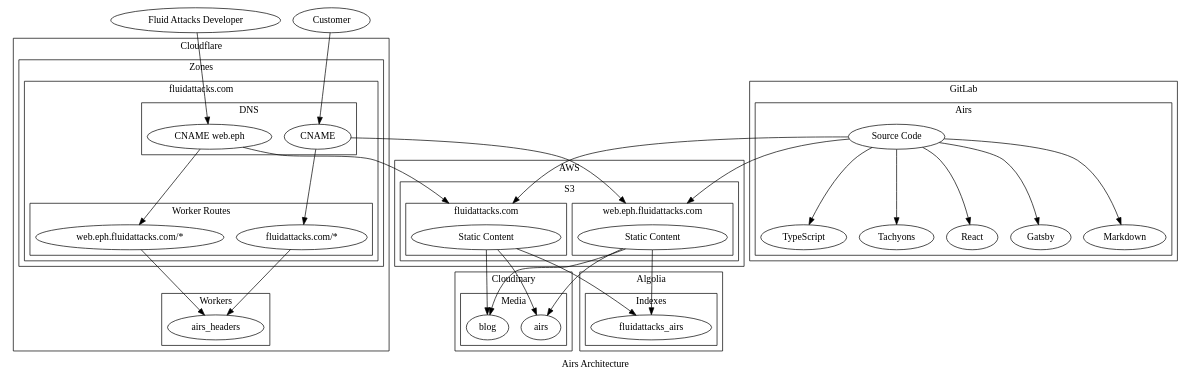
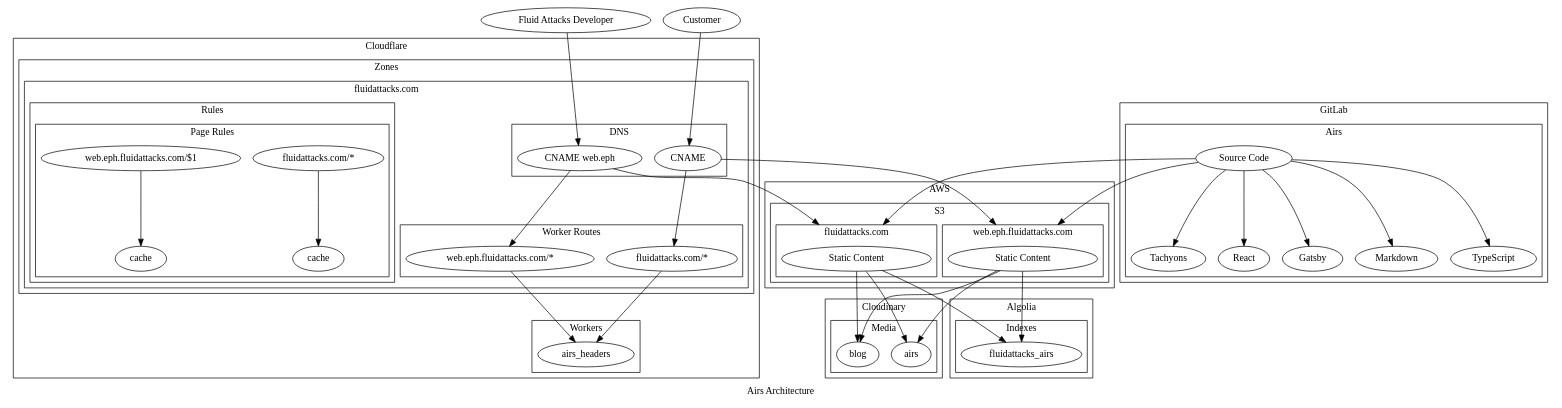
Before and after one commit to jeanbaptistemora/fluidattacks-universe2: the diagram in docs/src/docs/development/architecture-airs.dot, drawn with Graphviz.

Commit message:
docs\feat(doc): #7581.7 airs page rules
- Document airs page rules, which cache
  the content

```diff
--- a/docs/src/docs/development/architecture-airs.dot
+++ b/docs/src/docs/development/architecture-airs.dot
@@ -1,122 +1,137 @@
 // SPDX-FileCopyrightText: 2022 Fluid Attacks <development@fluidattacks.com>
 //
 // SPDX-License-Identifier: MPL-2.0
 
 digraph airs {
   label="Airs Architecture"
   compound="true"
   scale="scalexy"
 
   customer[label="Customer"]
   fluid_attacks_developer[label="Fluid Attacks Developer"]
 
   subgraph cluster_gitlab {
     label="GitLab"
 
     subgraph cluster_gitlab_airs {
       label="Airs"
 
       gitlab_airs[label="Source Code"]
       gitlab_airs_gatsby[label="Gatsby"]
       gitlab_airs_markdown[label="Markdown"]
       gitlab_airs_typescript[label="TypeScript"]
       gitlab_airs_tachyons[label="Tachyons"]
       gitlab_airs_react[label="React"]
     }
   }
 
   subgraph cluster_aws {
     label="AWS"
 
     subgraph cluster_aws_s3 {
       label="S3"
 
       subgraph cluster_aws_s3_airs_dev {
         label="web.eph.fluidattacks.com"
 
         aws_s3_airs_dev_static[label="Static Content" width="3.0"]
       }
 
       subgraph cluster_aws_s3_airs_prod {
         label="fluidattacks.com"
 
         aws_s3_airs_prod_static[label="Static Content" width="3.0"]
       }
     }
   }
 
   subgraph cluster_cloudinary {
     label="Cloudinary"
 
     subgraph cluster_cloudinary_media {
       label="Media"
 
       cloudinary_media_airs[label="airs"]
       cloudinary_media_blog[label="blog"]
     }
   }
 
   subgraph cluster_algolia {
     label="Algolia"
 
     subgraph cluster_algolia_index {
       label="Indexes"
 
       algolia_airs[label="fluidattacks_airs"]
     }
   }
 
   subgraph cluster_cloudflare {
     label="Cloudflare"
 
     subgraph cluster_cloudflare_workers {
       label="Workers"
 
       cluster_cloudflare_workers_airs_headers[label="airs_headers"]
     }
 
     subgraph cluster_cloudflare_zones {
       label="Zones"
 
       subgraph cluster_cloudflare_zone_fluidattacks_com {
         label="fluidattacks.com"
 
         subgraph cluster_cloudflare_zone_fluidattacks_com_dns {
           label="DNS"
 
           cloudflare_zone_fluidattacks_com_dns_cname[label="CNAME"]
           cloudflare_zone_fluidattacks_com_dns_cname_web_eph[label="CNAME web.eph"]
         }
 
+        subgraph cluster_cloudflare_zone_fluidattacks_com_rules {
+          label="Rules"
+
+          subgraph cluster_cloudflare_zone_fluidattacks_com_rules_page {
+            label="Page Rules"
+
+            cloudflare_zone_fluidattacks_com_rules_page[label="fluidattacks.com/*"]
+            cloudflare_zone_fluidattacks_com_rules_page_cache[label="cache"]
+            cloudflare_zone_fluidattacks_com_rules_page_web_eph[label="web.eph.fluidattacks.com/$1"]
+            cloudflare_zone_fluidattacks_com_rules_page_web_eph_cache[label="cache"]
+          }
+        }
+
         subgraph cluster_cloudflare_zone_fluidattacks_com_worker_routes {
           label="Worker Routes"
 
           cloudflare_zone_fluidattacks_com_worker_route_dev[label="web.eph.fluidattacks.com/*"]
           cloudflare_zone_fluidattacks_com_worker_route_prod[label="fluidattacks.com/*"]
         }
       }
     }
   }
 
   aws_s3_airs_dev_static -> algolia_airs[]
   aws_s3_airs_dev_static -> cloudinary_media_blog[]
   aws_s3_airs_dev_static -> cloudinary_media_airs[]
   aws_s3_airs_prod_static -> algolia_airs[]
   aws_s3_airs_prod_static -> cloudinary_media_blog[]
   aws_s3_airs_prod_static -> cloudinary_media_airs[]
   cloudflare_zone_fluidattacks_com_worker_route_dev -> cluster_cloudflare_workers_airs_headers[]
   cloudflare_zone_fluidattacks_com_worker_route_prod -> cluster_cloudflare_workers_airs_headers[]
   cloudflare_zone_fluidattacks_com_dns_cname -> cloudflare_zone_fluidattacks_com_worker_route_prod[]
   cloudflare_zone_fluidattacks_com_dns_cname_web_eph -> cloudflare_zone_fluidattacks_com_worker_route_dev[]
   cloudflare_zone_fluidattacks_com_dns_cname -> aws_s3_airs_dev_static[lhead="cluster_aws_s3_airs_dev"]
   cloudflare_zone_fluidattacks_com_dns_cname_web_eph -> aws_s3_airs_prod_static[lhead="cluster_aws_s3_airs_prod"]
+  cloudflare_zone_fluidattacks_com_rules_page -> cloudflare_zone_fluidattacks_com_rules_page_cache[]
+  cloudflare_zone_fluidattacks_com_rules_page_web_eph -> cloudflare_zone_fluidattacks_com_rules_page_web_eph_cache[]
   customer -> cloudflare_zone_fluidattacks_com_dns_cname[]
   fluid_attacks_developer -> cloudflare_zone_fluidattacks_com_dns_cname_web_eph[]
   gitlab_airs -> aws_s3_airs_dev_static[lhead="cluster_aws_s3_airs_dev"]
   gitlab_airs -> aws_s3_airs_prod_static[lhead="cluster_aws_s3_airs_prod"]
   gitlab_airs -> gitlab_airs_gatsby[]
   gitlab_airs -> gitlab_airs_markdown[]
   gitlab_airs -> gitlab_airs_typescript[]
   gitlab_airs -> gitlab_airs_tachyons[]
   gitlab_airs -> gitlab_airs_react[]
 }
```
